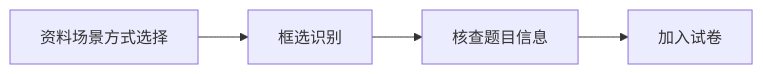
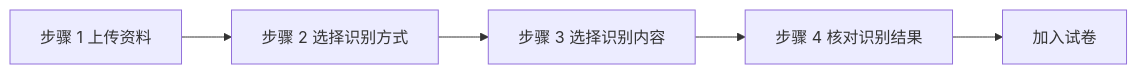
The second of 2 diagrams in 产品文档/prd/06-homework-recognition-flow.prd.md (fyzengiris-ops/ocr_v1.35), drawn with Mermaid before and after one commit. The commit also changed other lines of this file and 22 other files, not shown here.

````diff
--- a/产品文档/prd/06-homework-recognition-flow.prd.md
+++ b/产品文档/prd/06-homework-recognition-flow.prd.md
@@ -161,6 +90,7 @@
 ```mermaid
 flowchart LR
-  A["资料场景方式选择"] --> B["框选识别"]
-  B --> C["核查题目信息"]
-  C --> D["加入试卷"]
+  A["步骤 1 上传资料"] --> B["步骤 2 选择识别方式"]
+  B --> C["步骤 3 选择识别内容"]
+  C --> D["步骤 4 核对识别结果"]
+  D --> E["加入试卷"]
 ```
````
